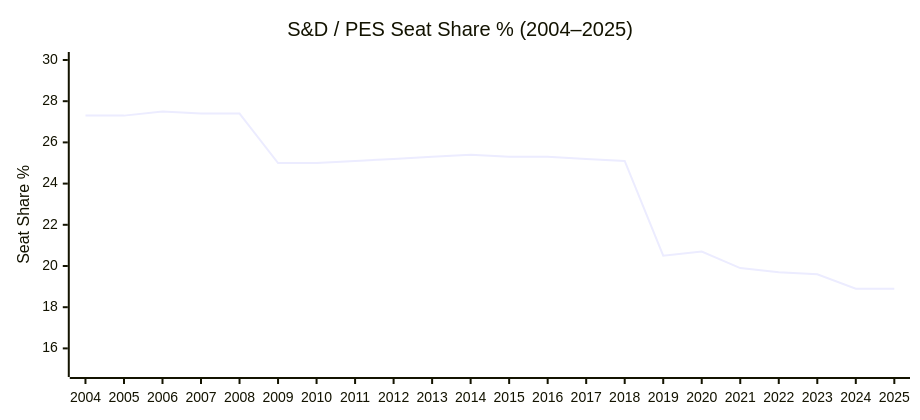
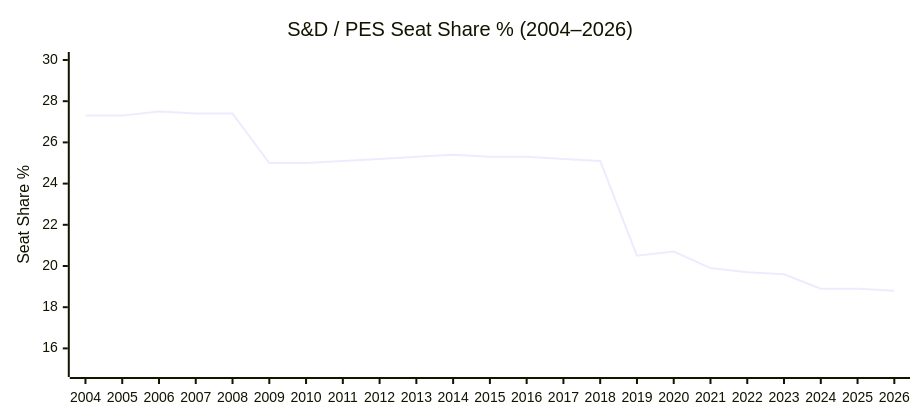
One commit to Hack23/European-Parliament-MCP-Server changed the third of 21 diagrams in api-markdown/_media/EP_POLITICAL_LANDSCAPE.md. Above: the diagram before and after it, drawn with Mermaid. The commit also changed other lines of this file and 1437 other files, not shown here.

````diff
--- a/api-markdown/_media/EP_POLITICAL_LANDSCAPE.md
+++ b/api-markdown/_media/EP_POLITICAL_LANDSCAPE.md
@@ -77,13 +79,13 @@
 ```mermaid
 ---
 config:
   xyChart:
     width: 900
     height: 400
 ---
 xychart-beta
-    title "S&D / PES Seat Share % (2004–2025)"
-    x-axis [2004, 2005, 2006, 2007, 2008, 2009, 2010, 2011, 2012, 2013, 2014, 2015, 2016, 2017, 2018, 2019, 2020, 2021, 2022, 2023, 2024, 2025]
+    title "S&D / PES Seat Share % (2004–2026)"
+    x-axis [2004, 2005, 2006, 2007, 2008, 2009, 2010, 2011, 2012, 2013, 2014, 2015, 2016, 2017, 2018, 2019, 2020, 2021, 2022, 2023, 2024, 2025, 2026]
     y-axis "Seat Share %" 15 --> 30
-    line [27.3, 27.3, 27.5, 27.4, 27.4, 25.0, 25.0, 25.1, 25.2, 25.3, 25.4, 25.3, 25.3, 25.2, 25.1, 20.5, 20.7, 19.9, 19.7, 19.6, 18.9, 18.9]
+    line [27.3, 27.3, 27.5, 27.4, 27.4, 25.0, 25.0, 25.1, 25.2, 25.3, 25.4, 25.3, 25.3, 25.2, 25.1, 20.5, 20.7, 19.9, 19.7, 19.6, 18.9, 18.9, 18.8]
 ```
````
